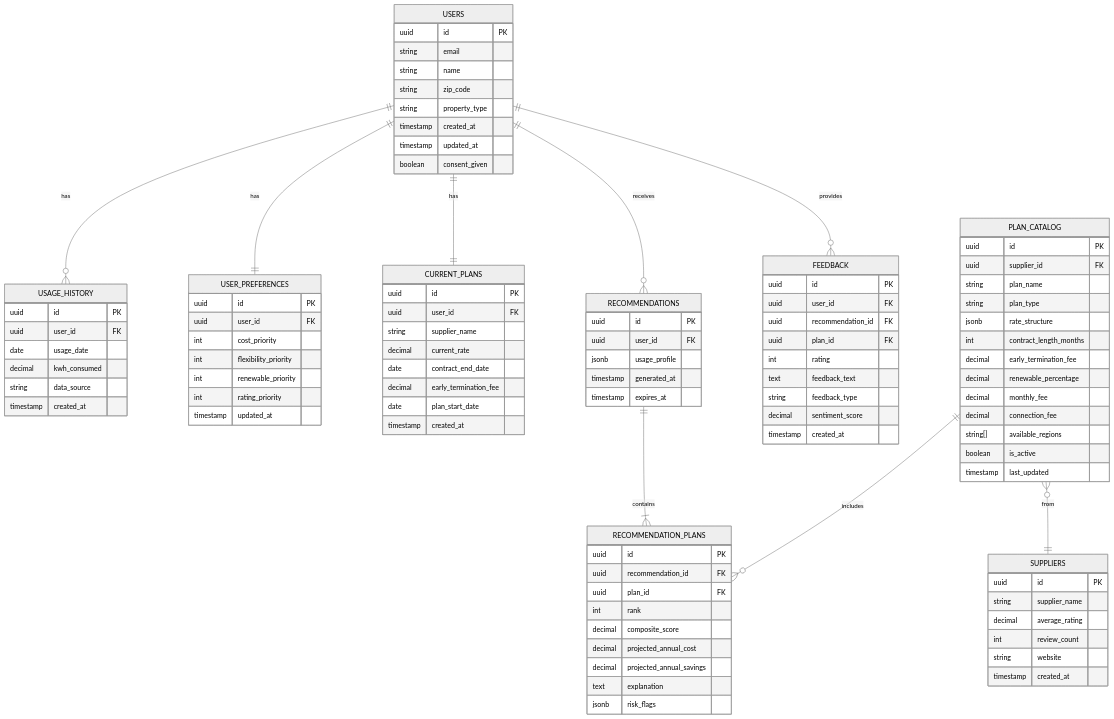
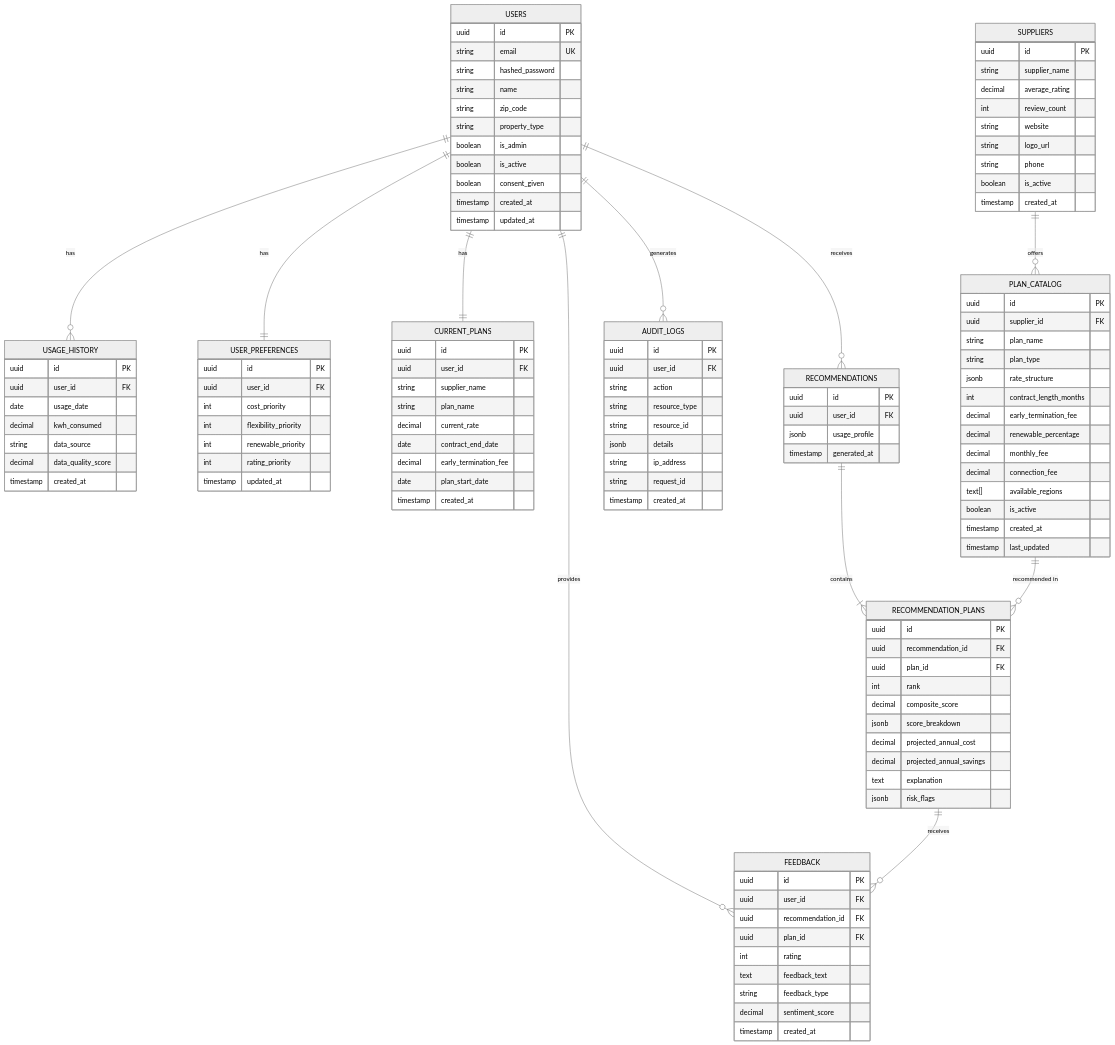
The fifth of 11 diagrams in architecture.md (Rhoahndur/Treebeard), drawn with Mermaid (neutral theme) before and after one commit. The commit also changed other lines of this file, not shown here.

Commit message:
updated architecture doc

````diff
--- a/architecture.md
+++ b/architecture.md
@@ -278,31 +326,27 @@
     USERS ||--|| CURRENT_PLANS : has
     USERS ||--o{ RECOMMENDATIONS : receives
     USERS ||--o{ FEEDBACK : provides
-    
+    USERS ||--o{ AUDIT_LOGS : generates
+
     RECOMMENDATIONS ||--|{ RECOMMENDATION_PLANS : contains
-    PLAN_CATALOG ||--o{ RECOMMENDATION_PLANS : includes
-    PLAN_CATALOG }o--|| SUPPLIERS : from
-    
+    PLAN_CATALOG ||--o{ RECOMMENDATION_PLANS : "recommended in"
+    SUPPLIERS ||--o{ PLAN_CATALOG : offers
+    RECOMMENDATION_PLANS ||--o{ FEEDBACK : receives
+
     USERS {
         uuid id PK
-        string email
+        string email UK
+        string hashed_password
         string name
         string zip_code
         string property_type
+        boolean is_admin
+        boolean is_active
+        boolean consent_given
         timestamp created_at
         timestamp updated_at
-        boolean consent_given
     }
-    
-    USAGE_HISTORY {
-        uuid id PK
-        uuid user_id FK
-        date usage_date
-        decimal kwh_consumed
-        string data_source
-        timestamp created_at
-    }
-    
+
     USER_PREFERENCES {
         uuid id PK
         uuid user_id FK
@@ -312,18 +356,41 @@
         int rating_priority
         timestamp updated_at
     }
-    
+
     CURRENT_PLANS {
         uuid id PK
         uuid user_id FK
         string supplier_name
+        string plan_name
         decimal current_rate
         date contract_end_date
         decimal early_termination_fee
         date plan_start_date
         timestamp created_at
     }
-    
+
+    USAGE_HISTORY {
+        uuid id PK
+        uuid user_id FK
+        date usage_date
+        decimal kwh_consumed
+        string data_source
+        decimal data_quality_score
+        timestamp created_at
+    }
+
+    SUPPLIERS {
+        uuid id PK
+        string supplier_name
+        decimal average_rating
+        int review_count
+        string website
+        string logo_url
+        string phone
+        boolean is_active
+        timestamp created_at
+    }
+
     PLAN_CATALOG {
         uuid id PK
         uuid supplier_id FK
@@ -335,40 +402,32 @@
         decimal renewable_percentage
         decimal monthly_fee
         decimal connection_fee
-        string[] available_regions
+        text[] available_regions
         boolean is_active
+        timestamp created_at
         timestamp last_updated
     }
-    
-    SUPPLIERS {
-        uuid id PK
-        string supplier_name
-        decimal average_rating
-        int review_count
-        string website
-        timestamp created_at
-    }
-    
+
     RECOMMENDATIONS {
         uuid id PK
         uuid user_id FK
         jsonb usage_profile
         timestamp generated_at
-        timestamp expires_at
     }
-    
+
     RECOMMENDATION_PLANS {
         uuid id PK
         uuid recommendation_id FK
         uuid plan_id FK
         int rank
         decimal composite_score
+        jsonb score_breakdown
         decimal projected_annual_cost
         decimal projected_annual_savings
         text explanation
         jsonb risk_flags
     }
-    
+
     FEEDBACK {
         uuid id PK
         uuid user_id FK
@@ -380,4 +439,16 @@
         decimal sentiment_score
         timestamp created_at
     }
+
+    AUDIT_LOGS {
+        uuid id PK
+        uuid user_id FK
+        string action
+        string resource_type
+        string resource_id
+        jsonb details
+        string ip_address
+        string request_id
+        timestamp created_at
+    }
 ```
````
